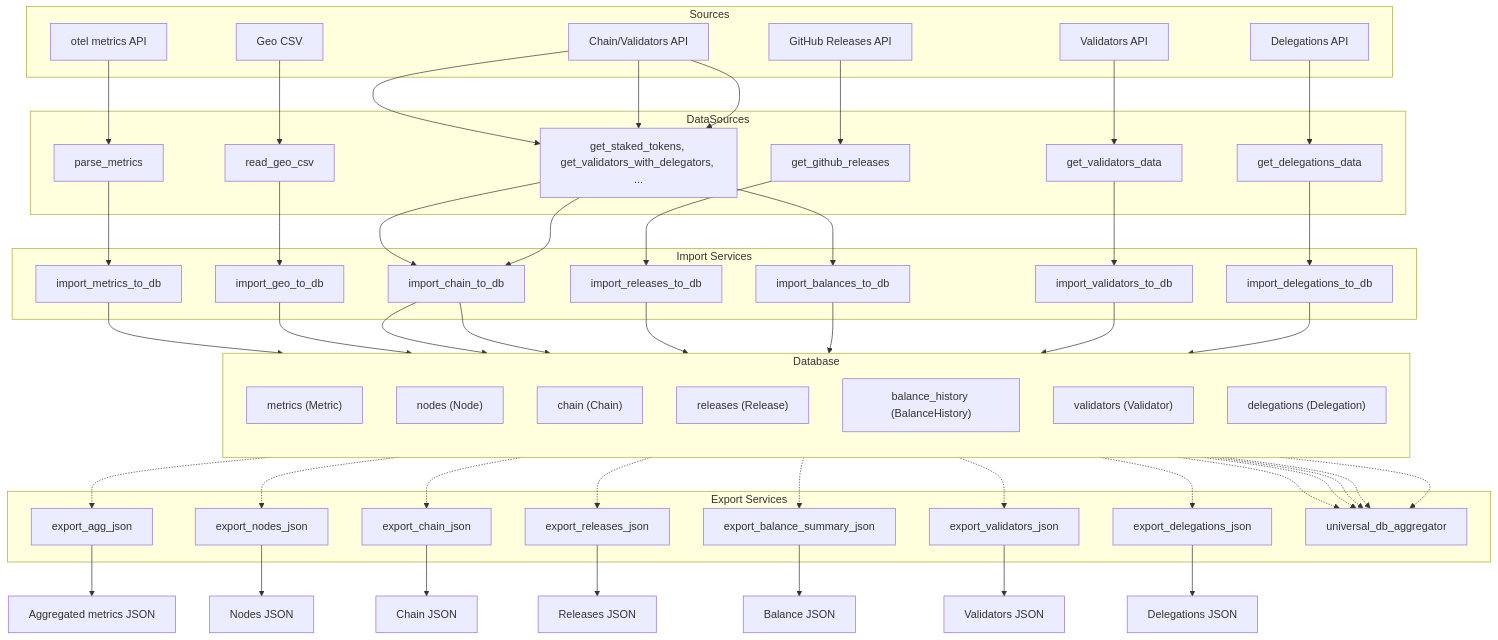
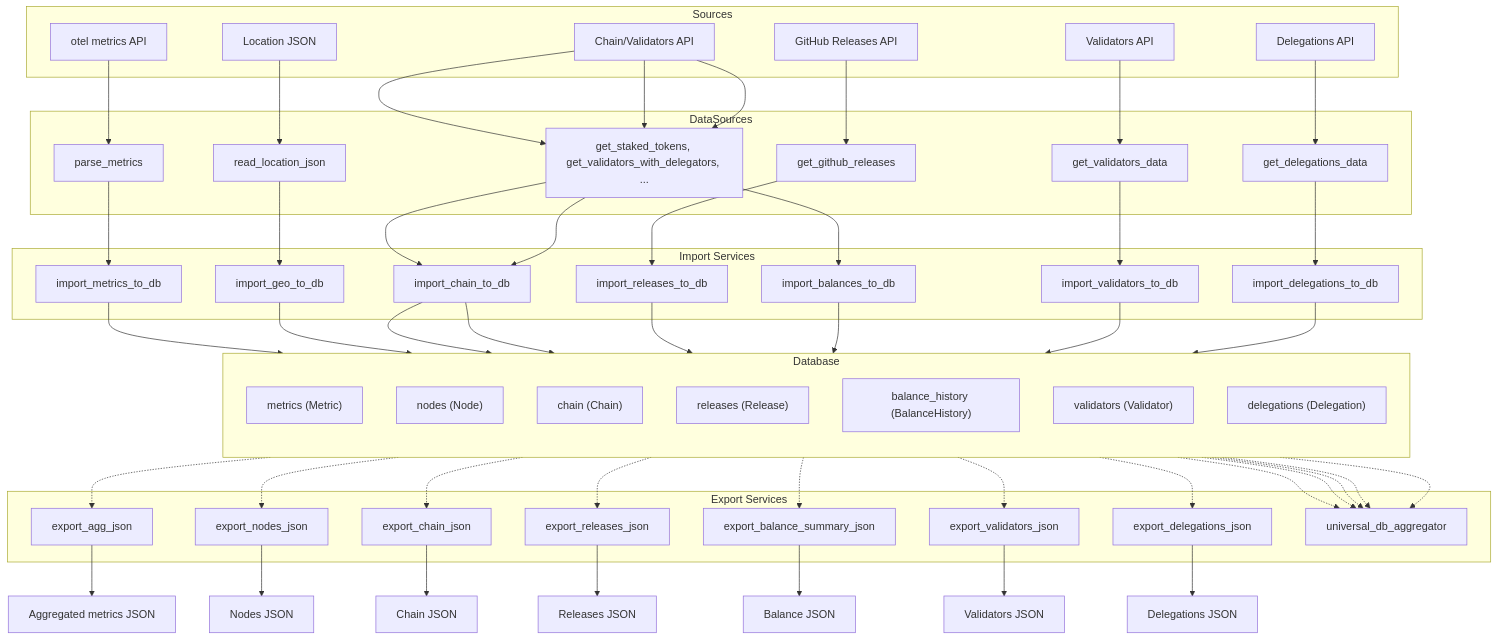
One commit to muhaylosemenyuk/celestiabridgeexplorer changed the first of 2 diagrams in README.md. Above: the diagram before and after it, drawn with Mermaid. The commit also changed other lines of this file and 11 other files, not shown here.

Commit message:
Add bridge decentralization analysis with location.json import

````diff
--- a/README.md
+++ b/README.md
@@ -261,82 +261,82 @@
 ```mermaid
 flowchart TD
     subgraph Sources
         A1["otel metrics API"]
-        A2["Geo CSV"]
+        A2["Location JSON"]
         A3["Chain/Validators API"]
         A4["GitHub Releases API"]
         A5["Validators API"]
         A6["Delegations API"]
     end
 
     subgraph DataSources
         B1["parse_metrics"]
-        B2["read_geo_csv"]
+        B2["read_location_json"]
         B3["get_staked_tokens, get_validators_with_delegators, ..."]
         B4["get_github_releases"]
         B5["get_validators_data"]
         B6["get_delegations_data"]
     end
 
     subgraph ImportServices["Import Services"]
         C1["import_metrics_to_db"]
         C2["import_geo_to_db"]
         C3["import_chain_to_db"]
         C4["import_releases_to_db"]
         C5["import_balances_to_db"]
         C6["import_validators_to_db"]
         C7["import_delegations_to_db"]
     end
 
     subgraph DB[Database]
         direction TB
         D1["metrics (Metric)"]
         D2["nodes (Node)"]
         D3["chain (Chain)"]
         D4["releases (Release)"]
         D5["balance_history (BalanceHistory)"]
         D6["validators (Validator)"]
         D7["delegations (Delegation)"]
     end
 
     subgraph ExportServices["Export Services"]
         E1["export_agg_json"]
         E2["export_chain_json"]
         E3["export_nodes_json"]
         E4["export_releases_json"]
         E5["export_balance_summary_json"]
         E6["export_validators_json"]
         E7["export_delegations_json"]
         E8["universal_db_aggregator"]
     end
 
     F1["Aggregated metrics JSON"]
     F2["Chain JSON"]
     F3["Nodes JSON"]
     F4["Releases JSON"]
     F5["Balance JSON"]
     F6["Validators JSON"]
     F7["Delegations JSON"]
 
     A1 --> B1 --> C1 --> D1
     A2 --> B2 --> C2 --> D2
     A3 --> B3 --> C3 --> D3
     A3 --> B3 --> C3 --> D5
     A4 --> B4 --> C4 --> D4
     A3 --> B3 --> C5 --> D5
     A5 --> B5 --> C6 --> D6
     A6 --> B6 --> C7 --> D7
 
     D1 -.-> E1 --> F1
     D1 -.-> E8
     D2 -.-> E3 --> F3
     D2 -.-> E8
     D3 -.-> E2 --> F2
     D4 -.-> E4 --> F4
     D5 -.-> E5 --> F5
     D5 -.-> E8
     D6 -.-> E6 --> F6
     D6 -.-> E8
     D7 -.-> E7 --> F7
     D7 -.-> E8
 ```
````
